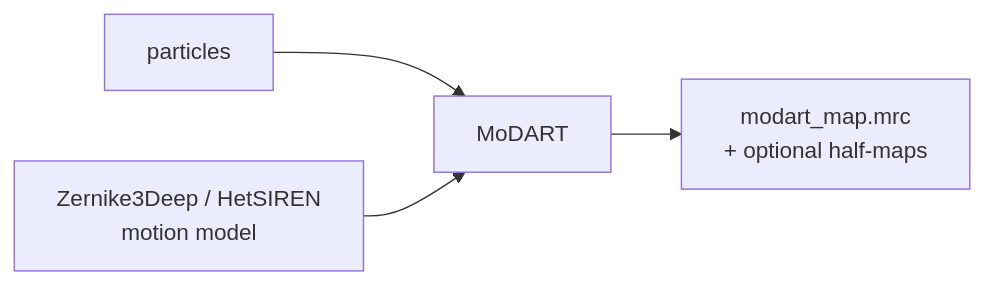
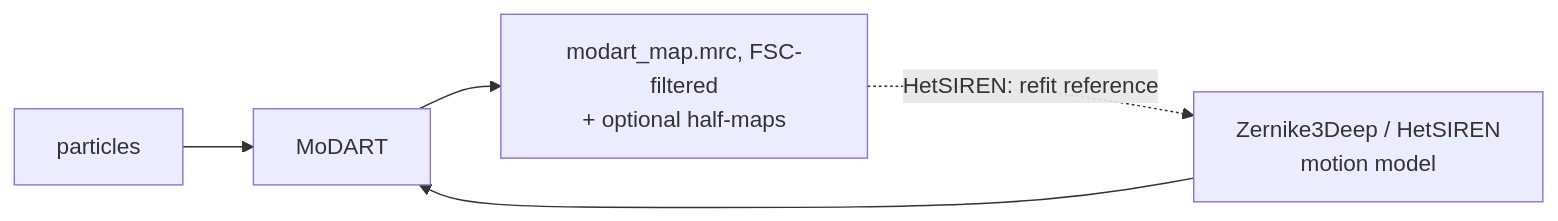
Before and after one commit to DavidHerreros/hax-em-docs: the seventh of 7 diagrams in docs/workflows/pipelines.md, drawn with Mermaid. The commit also changed other lines of this file and 5 other files, not shown here.

````diff
--- a/docs/workflows/pipelines.md
+++ b/docs/workflows/pipelines.md
@@ -187,6 +187,7 @@
 ```mermaid
 flowchart LR
     A[particles] --> C[MoDART]
     B[Zernike3Deep / HetSIREN<br/>motion model] --> C
-    C --> D[modart_map.mrc<br/>+ optional half-maps]
+    C --> D[modart_map.mrc, FSC-filtered<br/>+ optional half-maps]
+    D -.->|HetSIREN: refit reference| B
 ```
````
